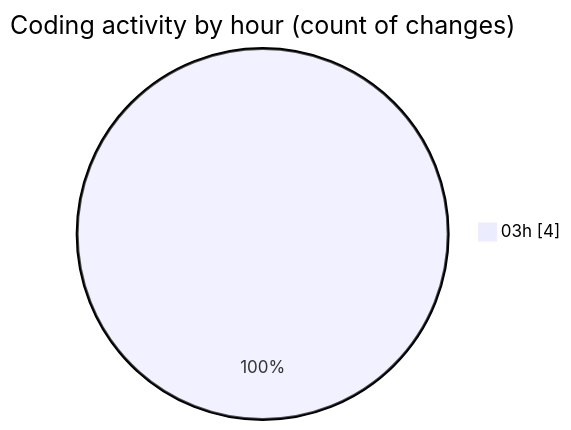
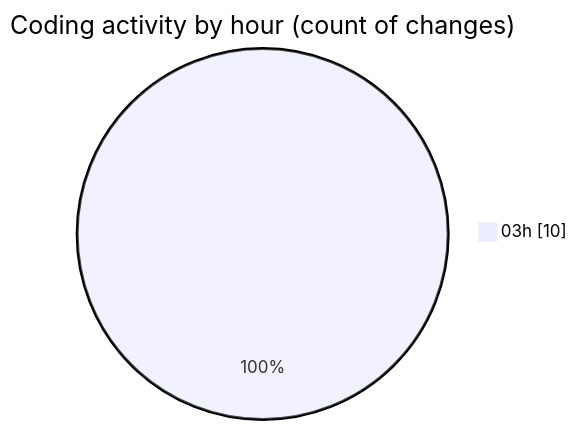
One commit to ernivani/code-tracking changed the second of 2 diagrams in 2024-12-30/my-code-activity-ext/README.md. Above: the diagram before and after it, drawn with Mermaid. The commit also changed other lines of this file and 1 other file, not shown here.

````diff
--- a/2024-12-30/my-code-activity-ext/README.md
+++ b/2024-12-30/my-code-activity-ext/README.md
@@ -28,5 +31,5 @@
 ```mermaid
 pie showData
 title Coding activity by hour (count of changes)
-"03h" : 4
+"03h" : 10
 ```
````
